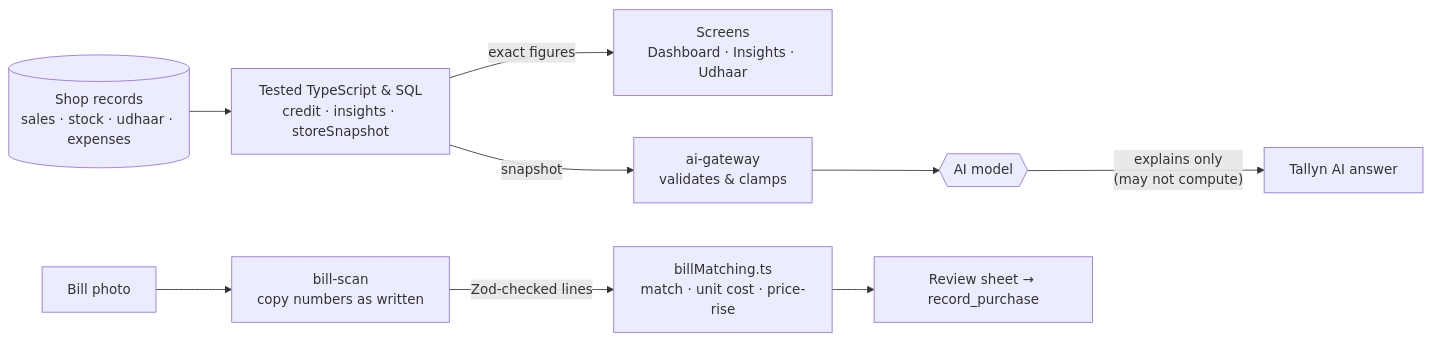
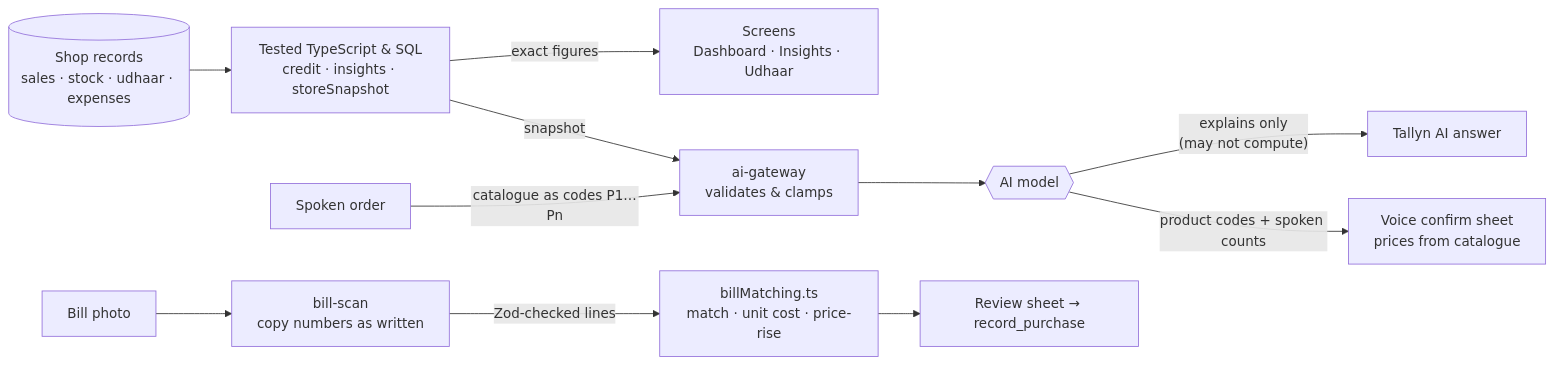
One commit to Novelty-byte/Tallyn changed the first of 4 diagrams in README.md. Above: the diagram before and after it, drawn with Mermaid. The commit also changed other lines of this file and 26 other files, not shown here.

````diff
--- a/README.md
+++ b/README.md
@@ -120,11 +123,13 @@
 ```mermaid
 flowchart LR
     R[("Shop records<br/>sales · stock · udhaar · expenses")] --> C["Tested TypeScript & SQL<br/>credit · insights · storeSnapshot"]
     C -->|exact figures| UI["Screens<br/>Dashboard · Insights · Udhaar"]
     C -->|snapshot| G["ai-gateway<br/>validates & clamps"]
     G --> M{{"AI model"}}
     M -->|"explains only<br/>(may not compute)"| A["Tallyn AI answer"]
+    O["Spoken order"] -->|"catalogue as codes P1…Pn"| G
+    M -->|"product codes + spoken counts"| K["Voice confirm sheet<br/>prices from catalogue"]
     P["Bill photo"] --> S["bill-scan<br/>copy numbers as written"]
     S -->|"Zod-checked lines"| B["billMatching.ts<br/>match · unit cost · price-rise"]
     B --> V["Review sheet → record_purchase"]
 ```
````
